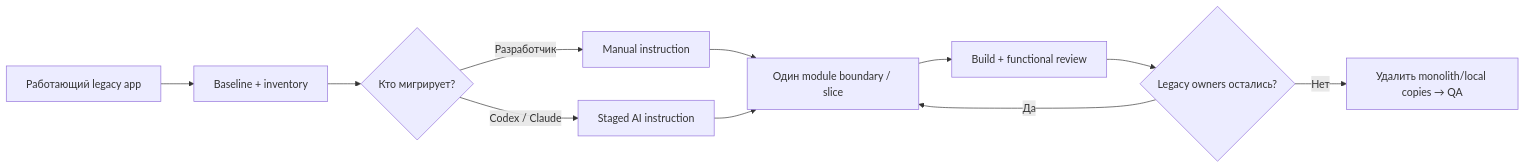
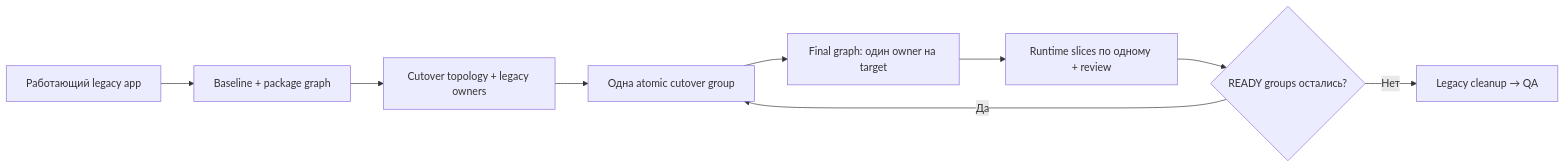
One commit to BroadApps-official/broad-platform-integration changed the diagram in README.md. Above: the diagram before and after it, drawn with Mermaid. The commit also changed other lines of this file and 5 other files, not shown here.

Commit message:
Make legacy cutover topology universal

````diff
--- a/README.md
+++ b/README.md
@@ -253,13 +255,11 @@
 ```mermaid
 flowchart LR
-    A["Работающий legacy app"] --> B["Baseline + inventory"]
-    B --> C{"Кто мигрирует?"}
-    C -->|"Разработчик"| D["Manual instruction"]
-    C -->|"Codex / Claude"| E["Staged AI instruction"]
-    D --> F["Один module boundary / slice"]
-    E --> F
-    F --> G["Build + functional review"]
-    G --> H{"Legacy owners остались?"}
-    H -->|"Да"| F
-    H -->|"Нет"| I["Удалить monolith/local copies → QA"]
+    A["Работающий legacy app"] --> B["Baseline + package graph"]
+    B --> C["Cutover topology + legacy owners"]
+    C --> D["Одна atomic cutover group"]
+    D --> E["Final graph: один owner на target"]
+    E --> F["Runtime slices по одному + review"]
+    F --> G{"READY groups остались?"}
+    G -->|"Да"| D
+    G -->|"Нет"| H["Legacy cleanup → QA"]
 ```
````
